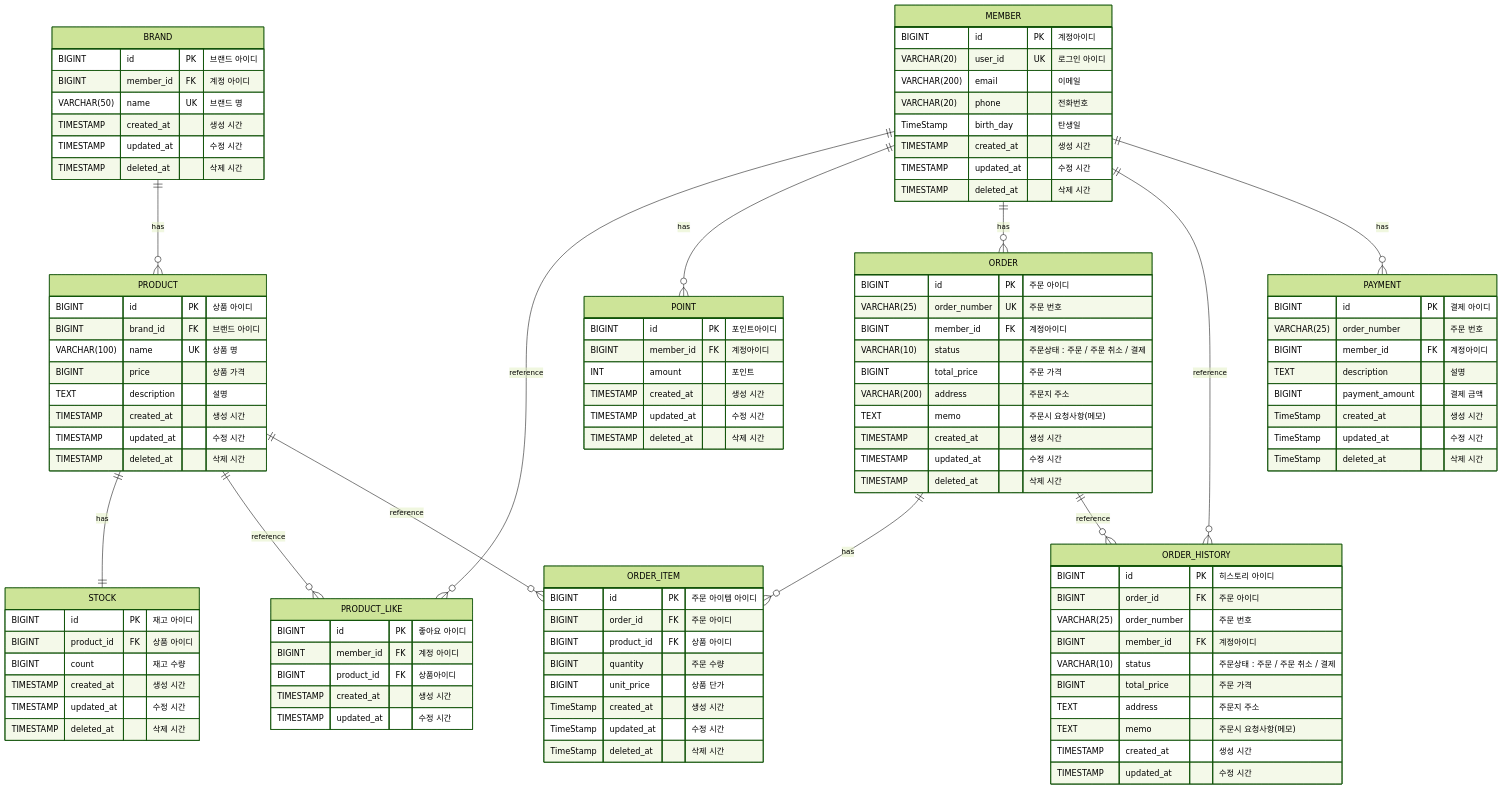
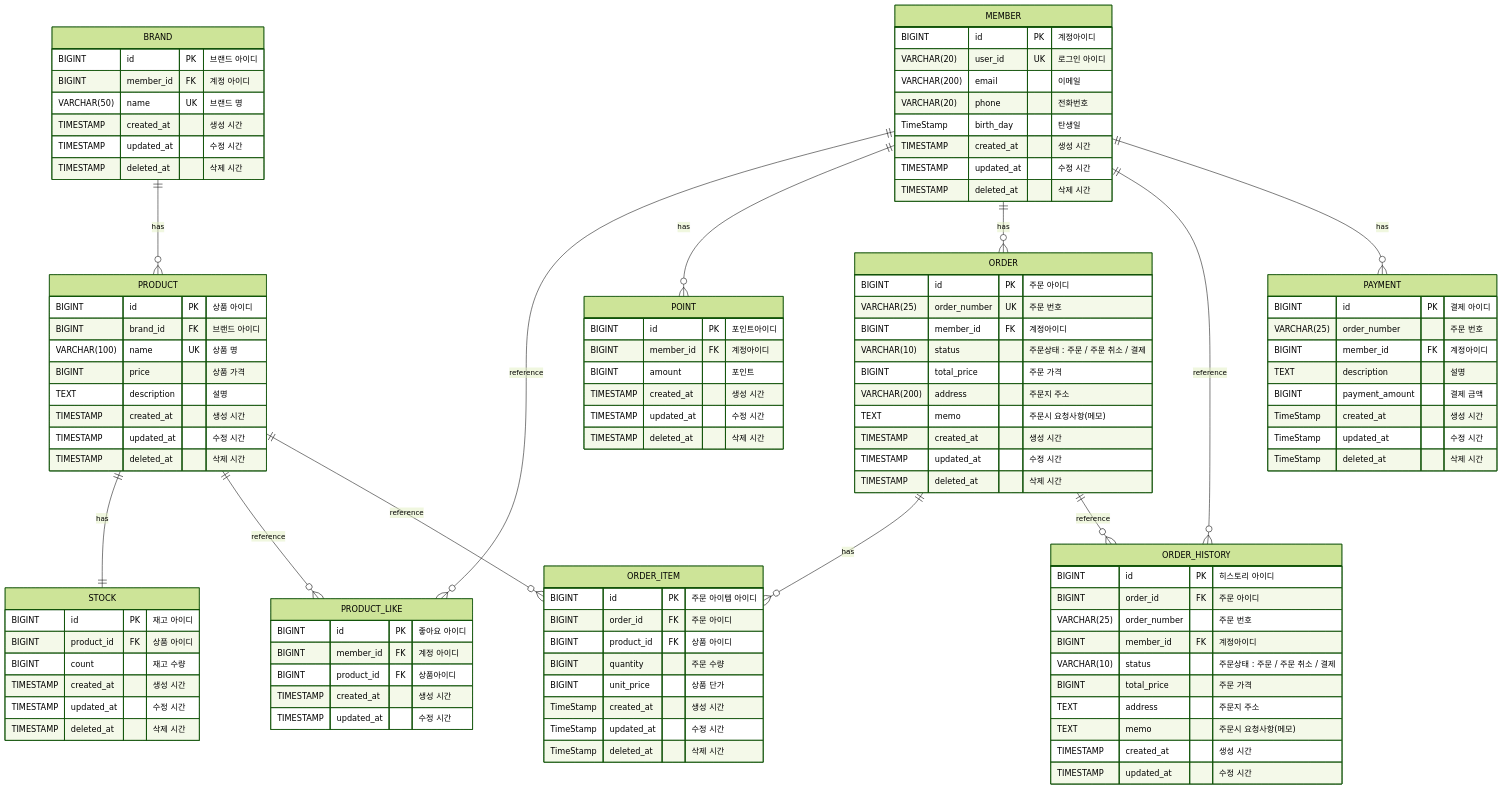
One commit to Loopers-Team-6/younghun changed the diagram in apps/commerce-api/docs/desigin/04-erd.md. Above: the diagram before and after it, drawn with Mermaid (forest theme).

Commit message:
doc: ERD 다이어그램 작성 - 포인트는 int -> bigint로 변경

```diff
--- a/apps/commerce-api/docs/desigin/04-erd.md
+++ b/apps/commerce-api/docs/desigin/04-erd.md
@@ -62,7 +62,7 @@
 POINT {
  BIGINT id PK "포인트아이디"
  BIGINT member_id FK "계정아이디"
- INT amount "포인트"
+ BIGINT amount "포인트"
 
  TIMESTAMP created_at "생성 시간"
  TIMESTAMP updated_at "수정 시간"
```
